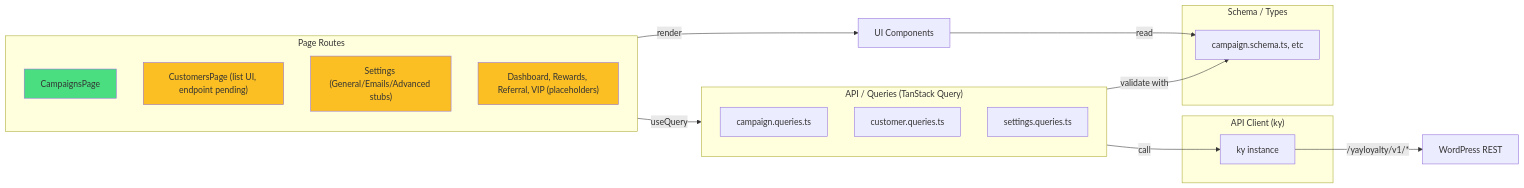
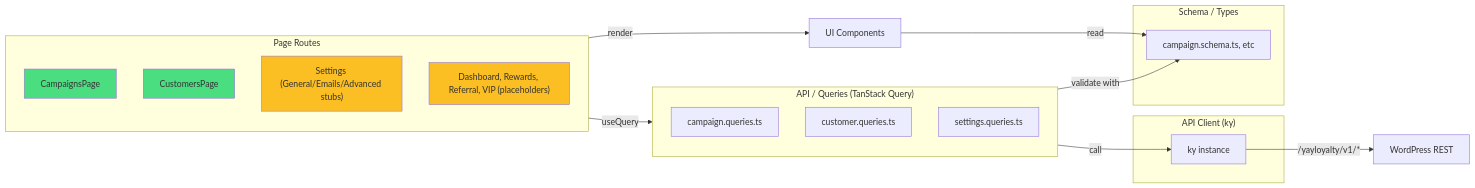
One commit to YayCommerce/YayLoyalty changed the second of 3 diagrams in docs/system-architecture.md. Above: the diagram before and after it, drawn with Mermaid. The commit also changed other lines of this file and 33 other files, not shown here.

First line of the commit message:
Paul/customers page fetch data (#8)

````diff
--- a/docs/system-architecture.md
+++ b/docs/system-architecture.md
@@ -88,36 +88,36 @@
 ```mermaid
 flowchart LR
     subgraph Pages["Page Routes"]
         Camp["CampaignsPage"]
-        Cust["CustomersPage (list UI, endpoint pending)"]
+        Cust["CustomersPage"]
         Set["Settings (General/Emails/Advanced stubs)"]
         Other["Dashboard, Rewards, Referral, VIP (placeholders)"]
     end
 
     subgraph Queries["API / Queries (TanStack Query)"]
         CampQry["campaign.queries.ts"]
         CustQry["customer.queries.ts"]
         SetQry["settings.queries.ts"]
     end
 
     subgraph API["API Client (ky)"]
         KyClient["ky instance"]
     end
 
     subgraph Schema["Schema / Types"]
         ZodSchema["campaign.schema.ts, etc"]
     end
 
     Pages -->|useQuery| Queries
     Queries -->|call| KyClient
     KyClient -->|/yayloyalty/v1/*| WordPress["WordPress REST"]
     Queries -->|validate with| ZodSchema
 
     Pages -->|render| Components["UI Components"]
     Components -->|read| ZodSchema
 
     style Camp fill:#4ade80
-    style Cust fill:#fbbf24
+    style Cust fill:#4ade80
     style Set fill:#fbbf24
     style Other fill:#fbbf24
 ```
````
